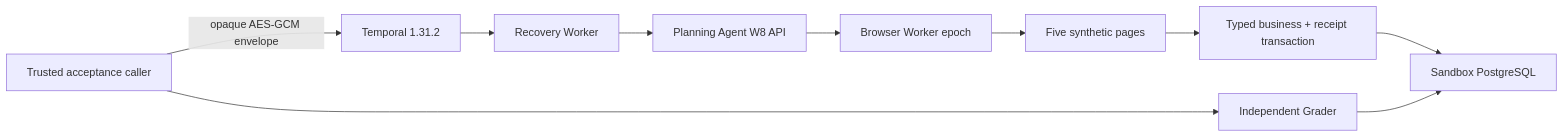
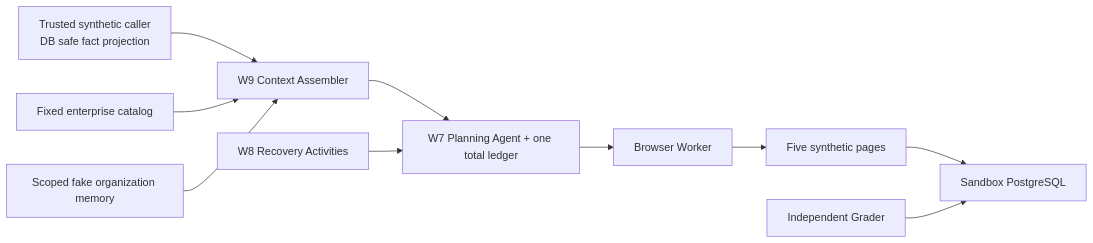
Before and after one commit to taka-wzx/flowpilot-arena: the diagram in README.md, drawn with Mermaid. The commit also changed other lines of this file and 35 other files, not shown here.

```diff
--- a/README.md
+++ b/README.md
@@ -27,12 +28,12 @@
 ~~~mermaid
 flowchart LR
-    Caller["Trusted acceptance caller"] -->|"opaque AES-GCM envelope"| Temporal["Temporal 1.31.2"]
-    Temporal --> Recovery["Recovery Worker"]
-    Recovery --> Planning["Planning Agent W8 API"]
-    Planning --> Browser["Browser Worker epoch"]
-    Browser --> Web["Five synthetic pages"]
-    Web --> API["Typed business + receipt transaction"]
-    API --> DB["Sandbox PostgreSQL"]
-    Caller --> Grader["Independent Grader"]
-    Grader --> DB
+    Trusted["Trusted synthetic caller<br/>DB safe fact projection"] --> Context["W9 Context Assembler"]
+    Catalog["Fixed enterprise catalog"] --> Context
+    Memory["Scoped fake organization memory"] --> Context
+    Context --> Planning["W7 Planning Agent + one total ledger"]
+    Recovery["W8 Recovery Activities"] --> Planning
+    Planning --> Browser["Browser Worker"]
+    Browser --> Sandbox["Five synthetic pages"]
+    Sandbox --> DB["Sandbox PostgreSQL"]
+    Grader["Independent Grader"] --> DB
 ~~~
```
